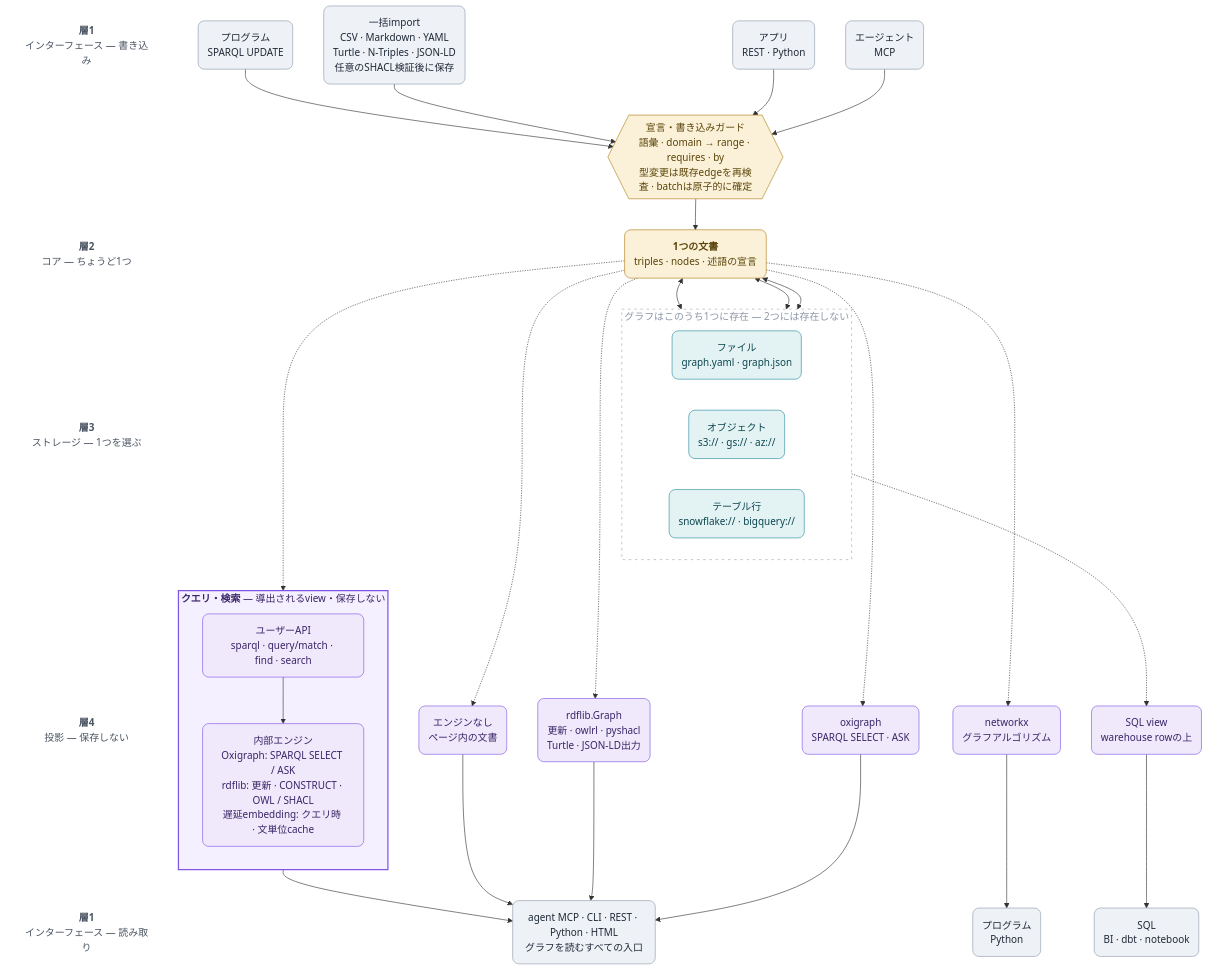
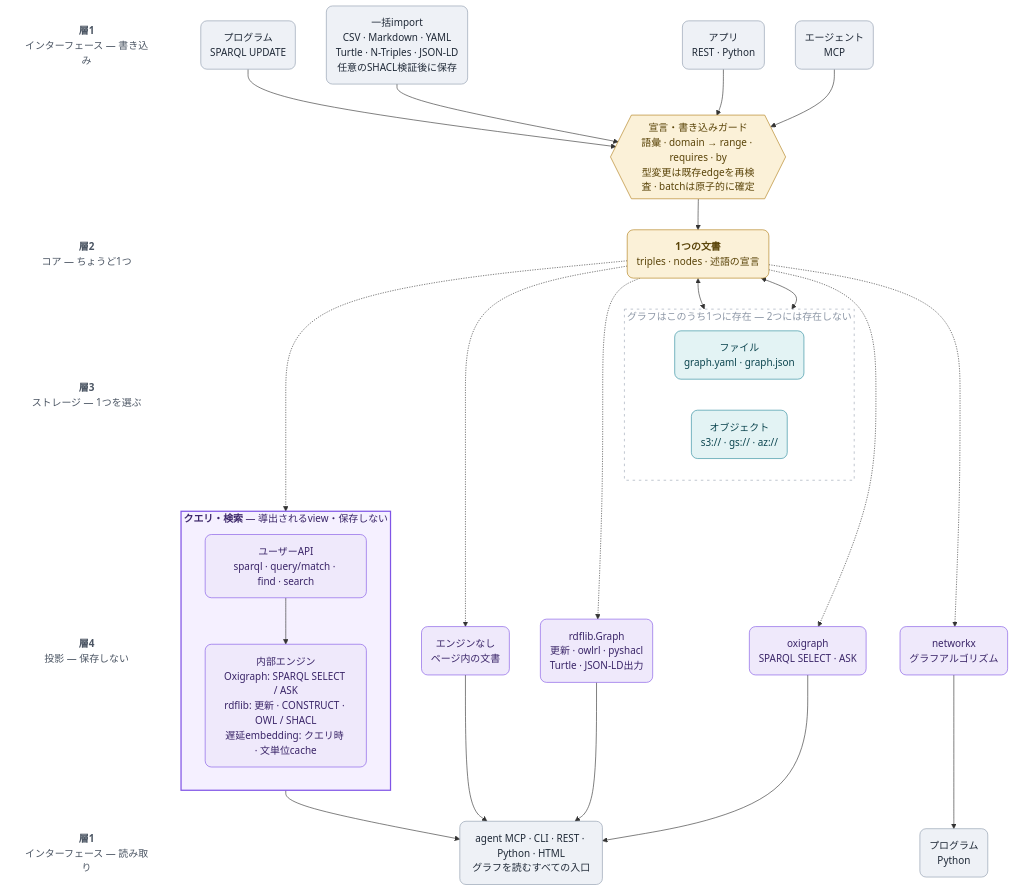
Before and after one commit to RyutoYoda/trikedb: the diagram in docs/ARCHITECTURE_jp.md, drawn with Mermaid. The commit also changed other lines of this file and 53 other files, not shown here.

First line of the commit message:
Remove warehouse graph-document storage (#65)

````diff
--- a/docs/ARCHITECTURE_jp.md
+++ b/docs/ARCHITECTURE_jp.md
@@ -7,75 +7,68 @@
 ```mermaid
 flowchart TB
     LA["<b>層1</b><br/>インターフェース — 書き込み"]
     LG[" "]
     LB["<b>層2</b><br/>コア — ちょうど1つ"]
     LC["<b>層3</b><br/>ストレージ — 1つを選ぶ"]
     LD["<b>層4</b><br/>投影 — 保存しない"]
     LE["<b>層1</b><br/>インターフェース — 読み取り"]
     LA ~~~ LG ~~~ LB ~~~ LC ~~~ LD ~~~ LE
 
     WA("エージェント<br/>MCP")
     WC("アプリ<br/>REST · Python")
     WI("一括import<br/>CSV · Markdown · YAML<br/>Turtle · N-Triples · JSON-LD<br/>任意のSHACL検証後に保存")
     WP("プログラム<br/>SPARQL UPDATE")
     G{{"宣言・書き込みガード<br/>語彙 · domain → range · requires · by<br/>型変更は既存edgeを再検査 · batchは原子的に確定"}}
     C("<b>1つの文書</b><br/>triples · nodes · 述語の宣言")
     subgraph pick["グラフはこのうち1つに存在 — 2つには存在しない"]
         direction LR
         SF("ファイル<br/>graph.yaml · graph.json")
         SO("オブジェクト<br/>s3:// · gs:// · az://")
-        SW("テーブル行<br/>snowflake:// · bigquery://")
     end
     PO("oxigraph<br/>SPARQL SELECT · ASK")
     PR("rdflib.Graph<br/>更新 · owlrl · pyshacl<br/>Turtle · JSON-LD出力")
     PN("networkx<br/>グラフアルゴリズム")
-    PV("SQL view<br/>warehouse rowの上")
     PD("エンジンなし<br/>ページ内の文書")
     subgraph query["<b>クエリ・検索</b> — 導出されるview・保存しない"]
         direction TB
         QAPI["ユーザーAPI<br/>sparql · query/match · find · search"]
         QENG["内部エンジン<br/>Oxigraph: SPARQL SELECT / ASK<br/>rdflib: 更新 · CONSTRUCT · OWL / SHACL<br/>遅延embedding: クエリ時 · 文単位cache"]
         QAPI --> QENG
     end
     RQ("agent MCP · CLI · REST · Python · HTML<br/>グラフを読むすべての入口")
     RG("プログラム<br/>Python")
-    RS("SQL<br/>BI · dbt · notebook")
 
     WA --> G
     WC --> G
     WI --> G
     WP --> G
     G --> C
     C <--> SF
     C <--> SO
-    C <--> SW
     SF ~~~ PO
     SF ~~~ PR
     SO ~~~ PN
-    SW -.-> PV
-    SW ~~~ PD
     C -.-> PO
     C -.-> PR
     C -.-> PN
     C -.-> PD
     C -.-> QAPI
     QENG --> RQ
     PO --> RQ
     PR --> RQ
     PN --> RG
-    PV --> RS
     PD --> RQ
 
     style pick fill:none,stroke:#9aa4b3,stroke-width:1px,stroke-dasharray:4 6,color:#8d97a6
     style query fill:#f5f0ff,stroke:#8055e6,stroke-width:2px,color:#3a2568
     classDef lbl fill:none,stroke:none,color:#4b5563
     classDef iface fill:#eef1f6,stroke:#8d9aad,color:#1f2937,rx:10,ry:10
     classDef core fill:#fbf1d8,stroke:#b07d17,color:#5a4409,rx:10,ry:10
     classDef store fill:#e3f3f4,stroke:#2b8a9c,color:#0c454f,rx:10,ry:10
     classDef proj fill:#efe9fb,stroke:#8055e6,color:#3a2568,rx:10,ry:10
     class LA,LG,LB,LC,LD,LE lbl
     class WA,WC,WI,WP,RQ,RG,RS iface
     class C,G core
     class SF,SO,SW store
     class PO,PR,PN,PV,PD,QAPI,QENG proj
 ```
````
